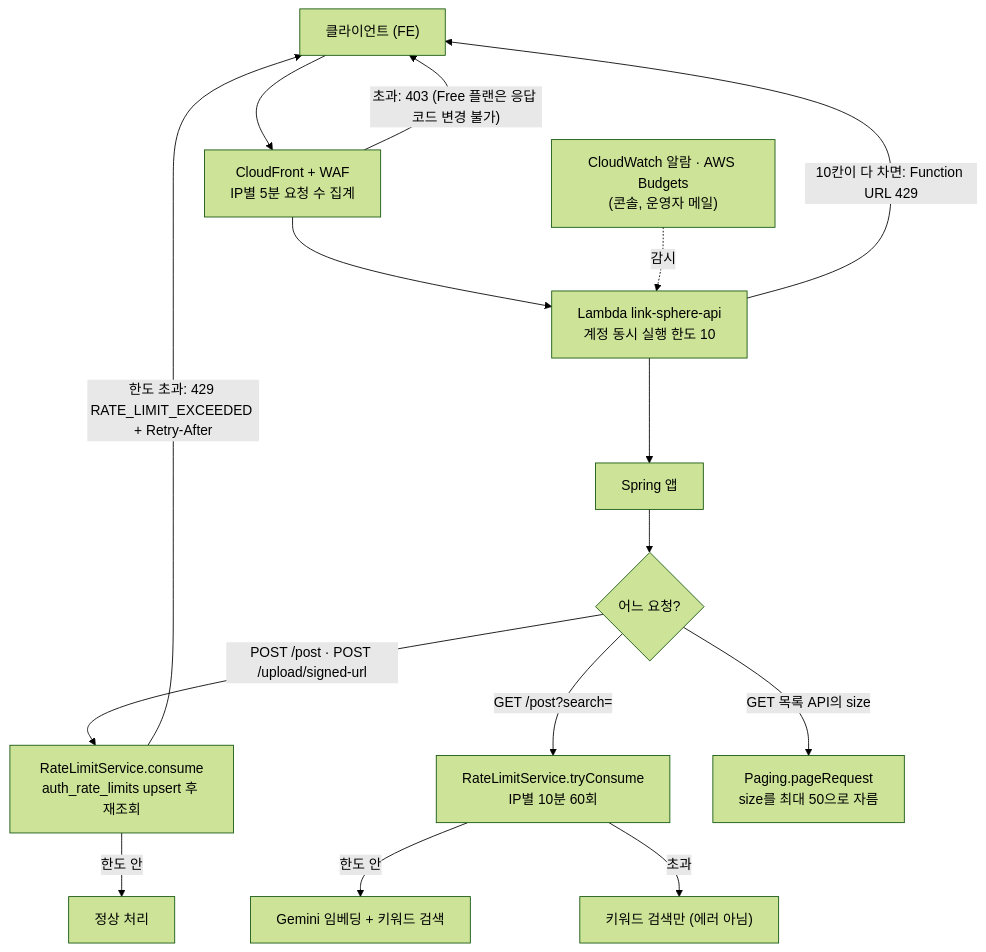
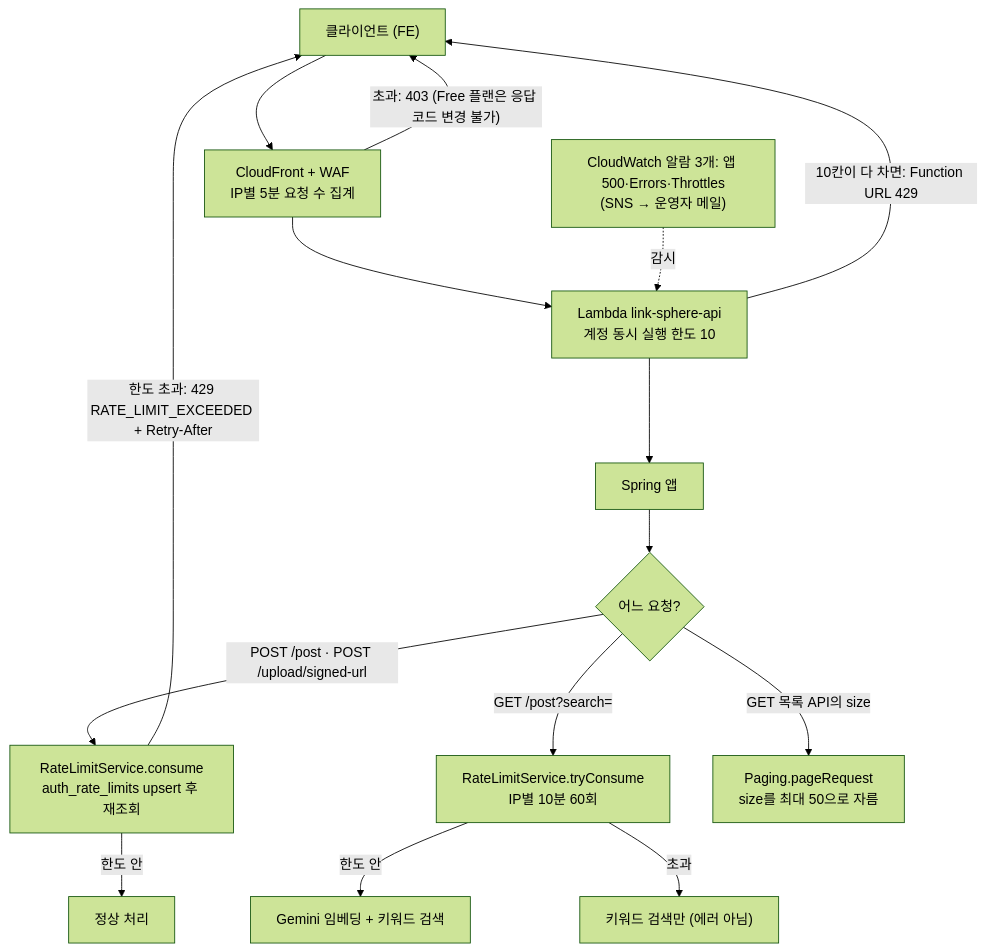
The diagram in docs/TRAFFIC-MANAGEMENT.md (BAECHAN/link-sphere_BE_NEW), drawn with Mermaid (forest theme) before and after one commit. The commit also changed other lines of this file and 1 other file, not shown here.

First line of the commit message:
docs(traffic): CloudWatch 알람 런북을 한 줄 명령으로 바꾸고 알람 3개로 확장 (#148)

````diff
--- a/docs/TRAFFIC-MANAGEMENT.md
+++ b/docs/TRAFFIC-MANAGEMENT.md
@@ -20,17 +20,17 @@
 ```mermaid
 flowchart TD
   C["클라이언트 (FE)"] --> W
   W["CloudFront + WAF<br/>IP별 5분 요청 수 집계"] -->|"초과: 403 (Free 플랜은 응답 코드 변경 불가)"| C
   W --> L["Lambda link-sphere-api<br/>계정 동시 실행 한도 10"]
   L -->|"10칸이 다 차면: Function URL 429"| C
   L --> A["Spring 앱"]
   A --> P{"어느 요청?"}
   P -->|"POST /post · POST /upload/signed-url"| R["RateLimitService.consume<br/>auth_rate_limits upsert 후 재조회"]
   R -->|"한도 초과: 429 RATE_LIMIT_EXCEEDED + Retry-After"| C
   R -->|"한도 안"| S["정상 처리"]
   P -->|"GET /post?search="| T["RateLimitService.tryConsume<br/>IP별 10분 60회"]
   T -->|"한도 안"| G["Gemini 임베딩 + 키워드 검색"]
   T -->|"초과"| K["키워드 검색만 (에러 아님)"]
   P -->|"GET 목록 API의 size"| Z["Paging.pageRequest<br/>size를 최대 50으로 자름"]
-  M["CloudWatch 알람 · AWS Budgets<br/>(콘솔, 운영자 메일)"] -.감시.-> L
+  M["CloudWatch 알람 3개: 앱 500·Errors·Throttles<br/>(SNS → 운영자 메일)"] -.감시.-> L
 ```
````
